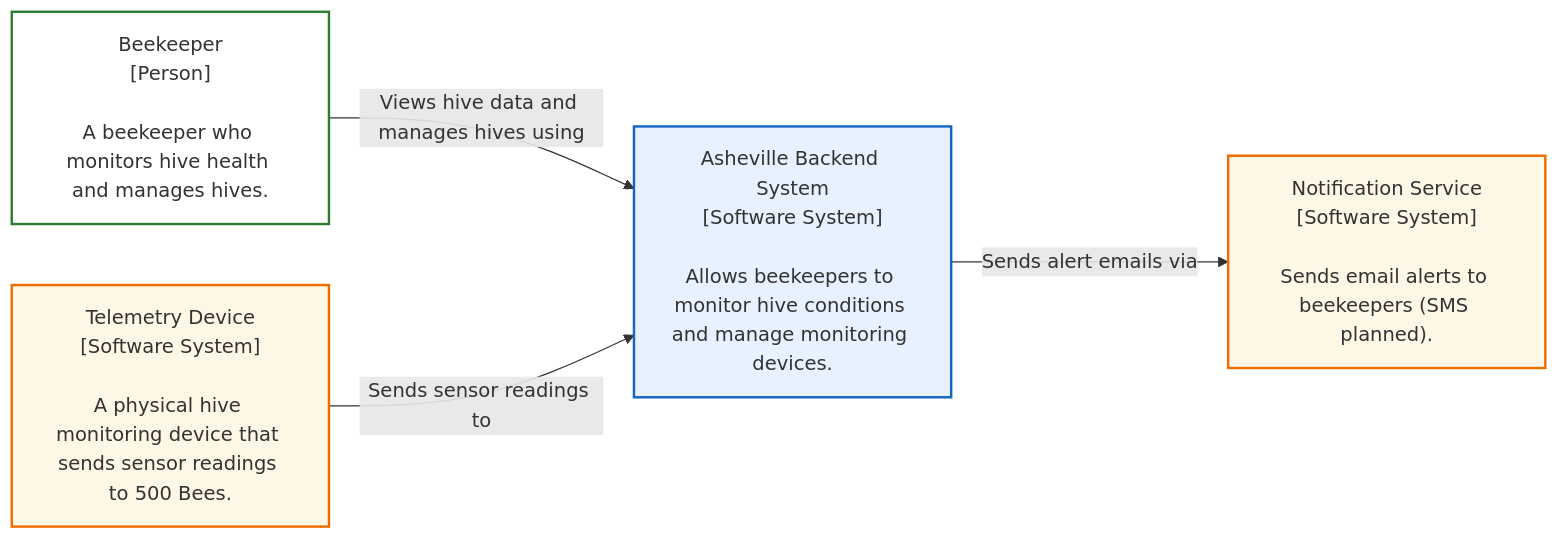
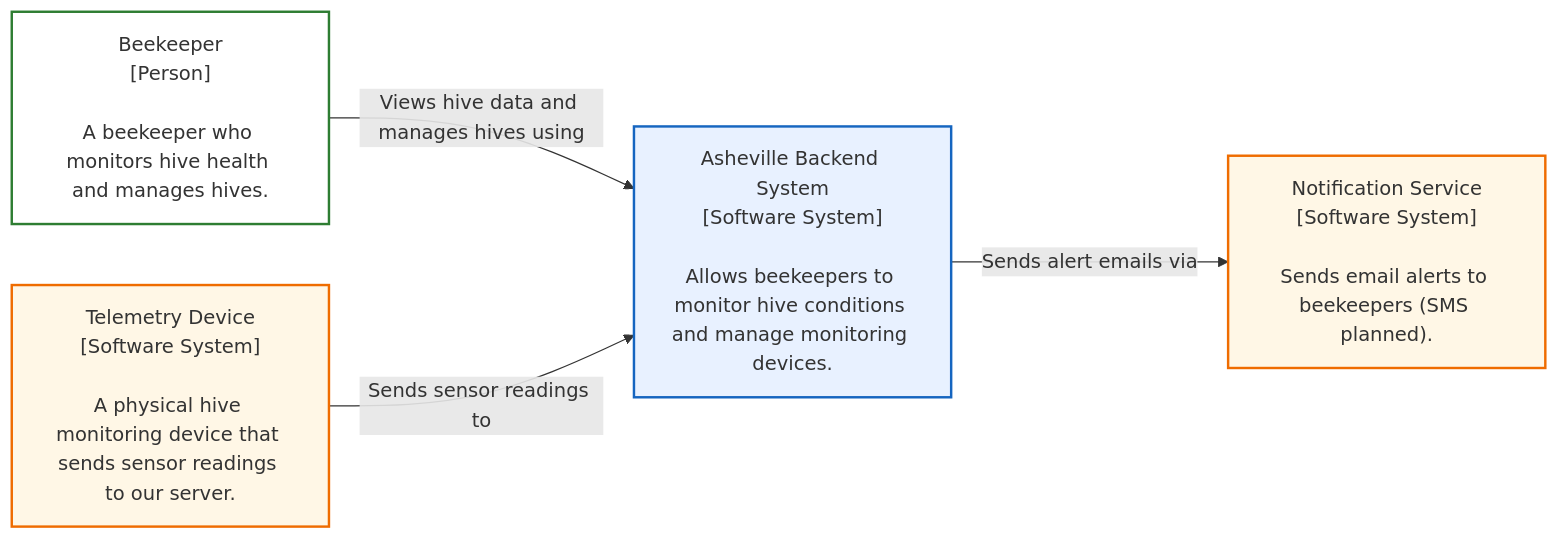
One commit to austinjclifton/Asheville changed the diagram in backend/docs/c4_context_diagram.mmd. Above: the diagram before and after it, drawn with Mermaid. The commit also changed 2 other files, not shown here.

Commit message:
updated diagrams

```diff
--- a/backend/docs/c4_context_diagram.mmd
+++ b/backend/docs/c4_context_diagram.mmd
@@ -1,28 +1,28 @@
 flowchart LR
   classDef person fill:#ffffff,stroke:#2e7d32,stroke-width:2px;
   classDef system fill:#e8f1ff,stroke:#1565c0,stroke-width:2px;
   classDef external fill:#fff7e6,stroke:#ef6c00,stroke-width:2px;
 
   BEEKEEPER["Beekeeper
 [Person]
 
 A beekeeper who monitors hive health and manages hives."]:::person
 
   SYSTEM["Asheville Backend System
 [Software System]
 
 Allows beekeepers to monitor hive conditions and manage monitoring devices."]:::system
 
   DEVICE["Telemetry Device
 [Software System]
 
-A physical hive monitoring device that sends sensor readings to 500 Bees."]:::external
+A physical hive monitoring device that sends sensor readings to our server."]:::external
 
   NOTIFY["Notification Service
 [Software System]
 
 Sends email alerts to beekeepers (SMS planned)."]:::external
 
   BEEKEEPER -->|Views hive data and manages hives using| SYSTEM
   DEVICE -->|Sends sensor readings to| SYSTEM
   SYSTEM -->|Sends alert emails via| NOTIFY
```
